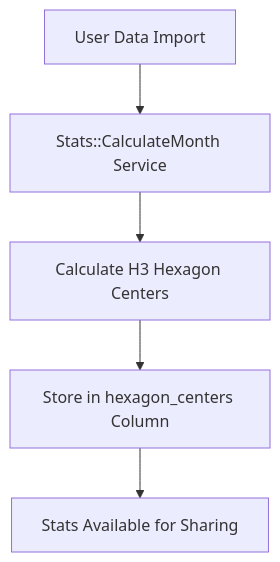
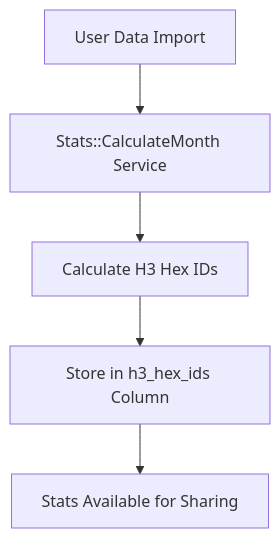
The first of 4 diagrams in docs/SHAREABLE_STATS_FEATURE.md (Freika/dawarich), drawn with Mermaid before and after one commit. The commit also changed other lines of this file and 5 other files, not shown here.

````diff
--- a/docs/SHAREABLE_STATS_FEATURE.md
+++ b/docs/SHAREABLE_STATS_FEATURE.md
@@ -193,7 +195,7 @@
 ```mermaid
 graph TD
     A[User Data Import] --> B[Stats::CalculateMonth Service]
-    B --> C[Calculate H3 Hexagon Centers]
-    C --> D[Store in hexagon_centers Column]
+    B --> C[Calculate H3 Hex IDs]
+    C --> D[Store in h3_hex_ids Column]
     D --> E[Stats Available for Sharing]
 ```
````
